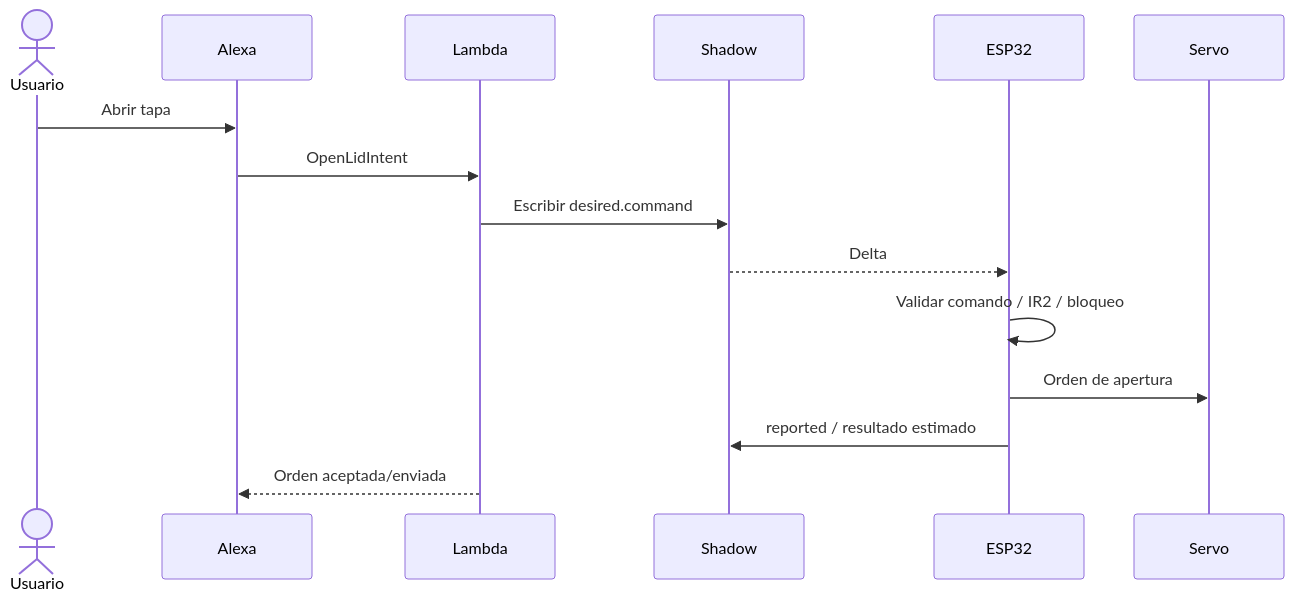
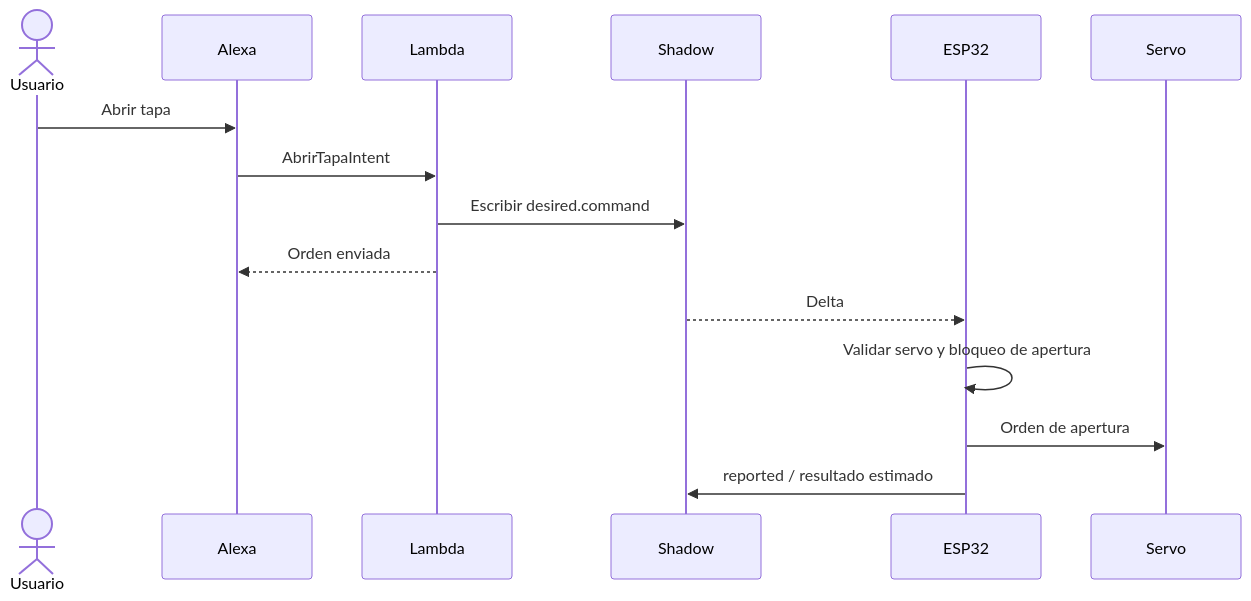
The seventh of 10 diagrams in Informe.md (Lucas-RodriguezAncieta/Practica4_IoT_BasureroInteligente), drawn with Mermaid before and after one commit. The commit also changed other lines of this file, not shown here.

````diff
--- a/Informe.md
+++ b/Informe.md
@@ -329,17 +355,17 @@
 ```mermaid
 sequenceDiagram
     actor Usuario
     participant Alexa
     participant Lambda
     participant Shadow
     participant ESP32
     participant Servo
     Usuario->>Alexa: Abrir tapa
-    Alexa->>Lambda: OpenLidIntent
+    Alexa->>Lambda: AbrirTapaIntent
     Lambda->>Shadow: Escribir desired.command
+    Lambda-->>Alexa: Orden enviada
     Shadow-->>ESP32: Delta
-    ESP32->>ESP32: Validar comando / IR2 / bloqueo
+    ESP32->>ESP32: Validar servo y bloqueo de apertura
     ESP32->>Servo: Orden de apertura
     ESP32->>Shadow: reported / resultado estimado
-    Lambda-->>Alexa: Orden aceptada/enviada
 ```
````
